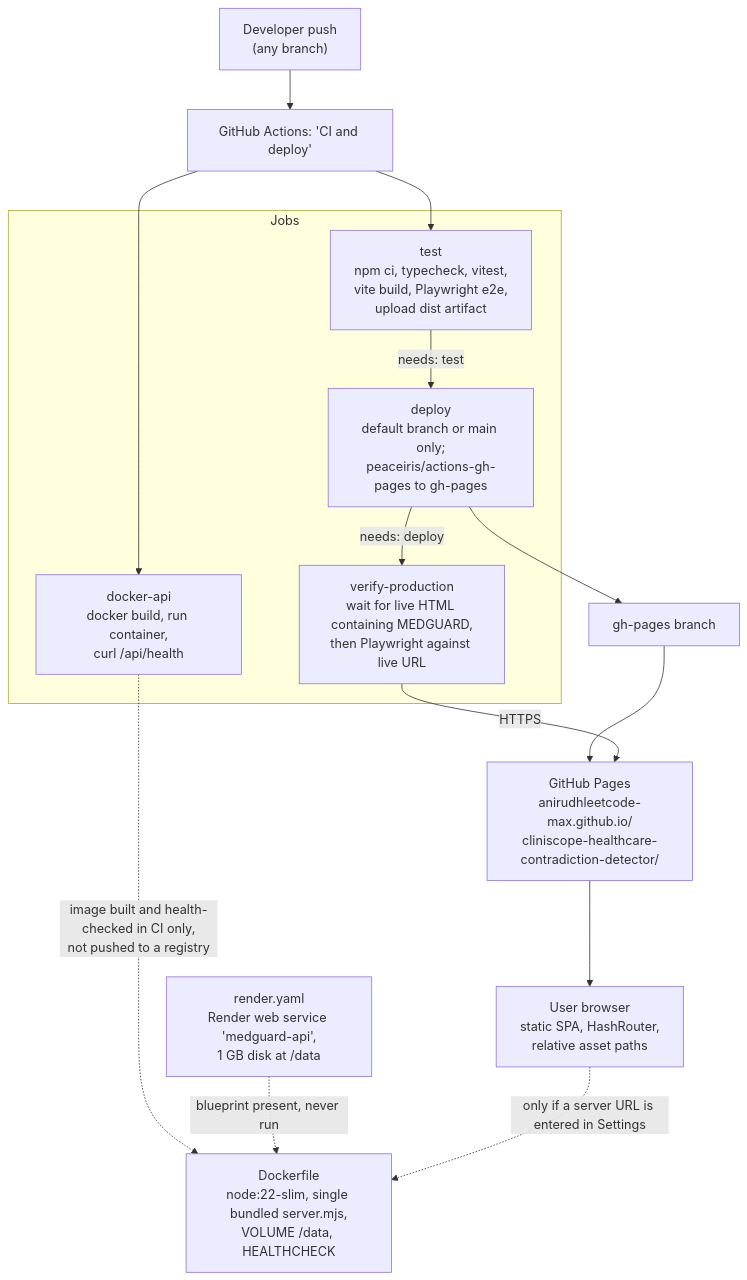
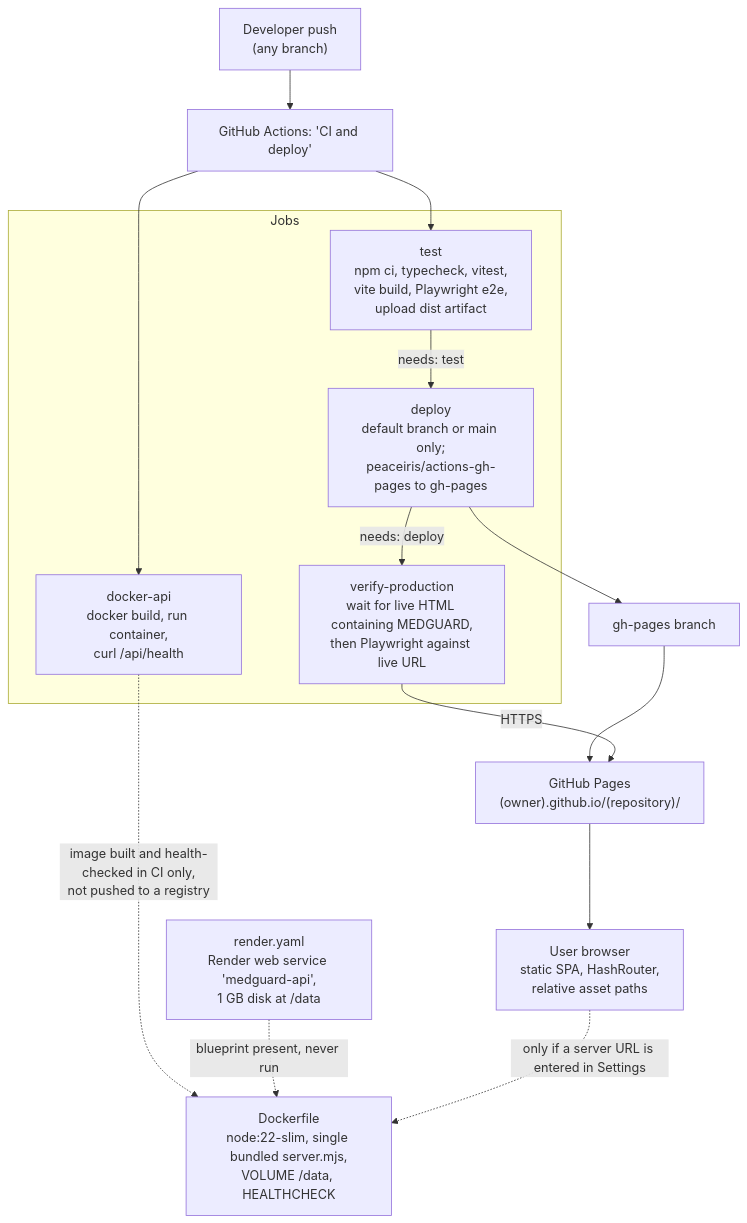
Before and after one commit to anirudhleetcode-max/cliniscope-healthcare-contradiction-detector: the fourth of 5 diagrams in docs/technical/ARCHITECTURE.md, drawn with Mermaid. The commit also changed 5 other files, not shown here.

````diff
--- a/docs/technical/ARCHITECTURE.md
+++ b/docs/technical/ARCHITECTURE.md
@@ -193,27 +193,27 @@
 ```mermaid
 flowchart TD
     DEV["Developer push<br/>(any branch)"] --> GHA["GitHub Actions: 'CI and deploy'"]
 
     subgraph CI["Jobs"]
         T["test<br/>npm ci, typecheck, vitest,<br/>vite build, Playwright e2e,<br/>upload dist artifact"]
         DK["docker-api<br/>docker build, run container,<br/>curl /api/health"]
         DP["deploy<br/>default branch or main only;<br/>peaceiris/actions-gh-pages to gh-pages"]
         VP["verify-production<br/>wait for live HTML containing MEDGUARD,<br/>then Playwright against live URL"]
     end
 
     GHA --> T
     GHA --> DK
     T -->|"needs: test"| DP
     DP -->|"needs: deploy"| VP
     DP --> GHP["gh-pages branch"]
-    GHP --> PAGES["GitHub Pages<br/>anirudhleetcode-max.github.io/<br/>cliniscope-healthcare-contradiction-detector/"]
+    GHP --> PAGES["GitHub Pages<br/>(owner).github.io/(repository)/"]
     VP -->|"HTTPS"| PAGES
 
     PAGES --> BROWSER["User browser<br/>static SPA, HashRouter,<br/>relative asset paths"]
 
     DOCKER["Dockerfile<br/>node:22-slim, single bundled server.mjs,<br/>VOLUME /data, HEALTHCHECK"]
     RENDER["render.yaml<br/>Render web service 'medguard-api',<br/>1 GB disk at /data"]
     DK -.->|"image built and health-checked in CI only,<br/>not pushed to a registry"| DOCKER
     RENDER -.->|"blueprint present, never run"| DOCKER
     BROWSER -.->|"only if a server URL is entered in Settings"| DOCKER
 ```
````
